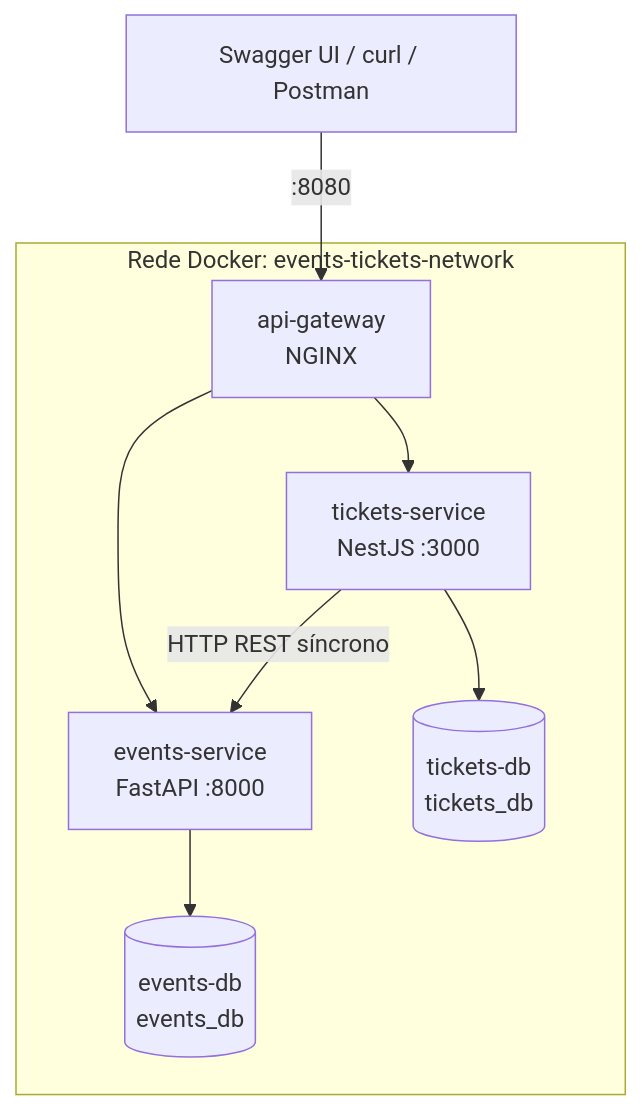
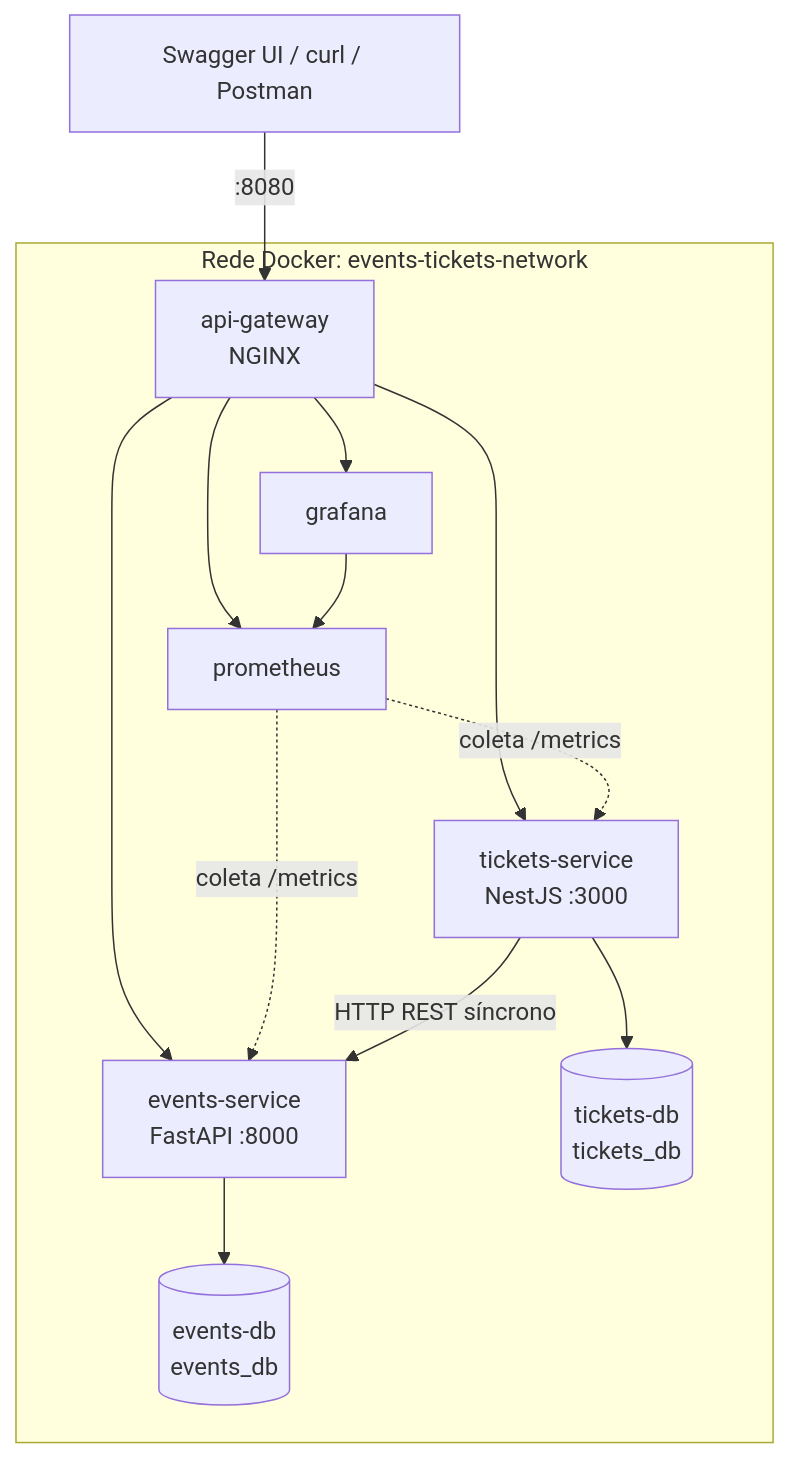
One commit to Igor-Lazarin-Oliani/events-tickets-ms changed the diagram in README.md. Above: the diagram before and after it, drawn with Mermaid. The commit also changed other lines of this file and 11 other files, not shown here.

Commit message:
feat: adiciona Prometheus e Grafana com painel provisionado e acesso pelo gateway

````diff
--- a/README.md
+++ b/README.md
@@ -35,17 +35,24 @@
 ```mermaid
 flowchart TB
     cliente["Swagger UI / curl / Postman"]
     subgraph rede["Rede Docker: events-tickets-network"]
         gateway["api-gateway<br/>NGINX"]
         events["events-service<br/>FastAPI :8000"]
         tickets["tickets-service<br/>NestJS :3000"]
         eventsdb[("events-db<br/>events_db")]
         ticketsdb[("tickets-db<br/>tickets_db")]
+        prometheus["prometheus"]
+        grafana["grafana"]
     end
     cliente -->|":8080"| gateway
     gateway --> events
     gateway --> tickets
+    gateway --> grafana
+    gateway --> prometheus
+    grafana --> prometheus
+    prometheus -.->|"coleta /metrics"| events
+    prometheus -.->|"coleta /metrics"| tickets
     tickets -->|"HTTP REST síncrono"| events
     events --> eventsdb
     tickets --> ticketsdb
 ```
````
